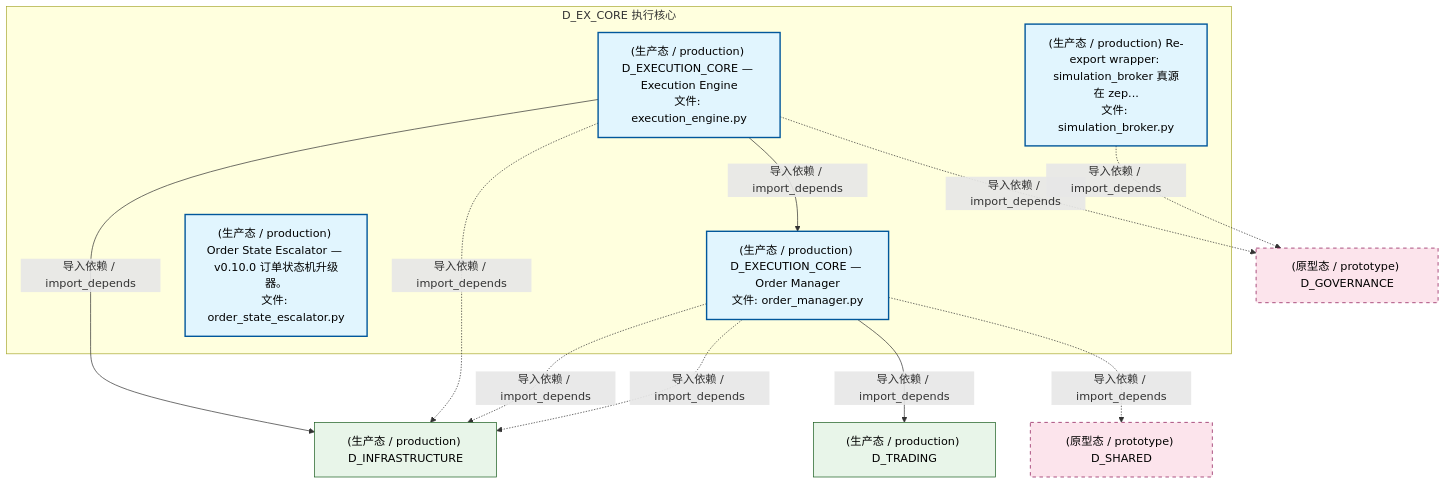
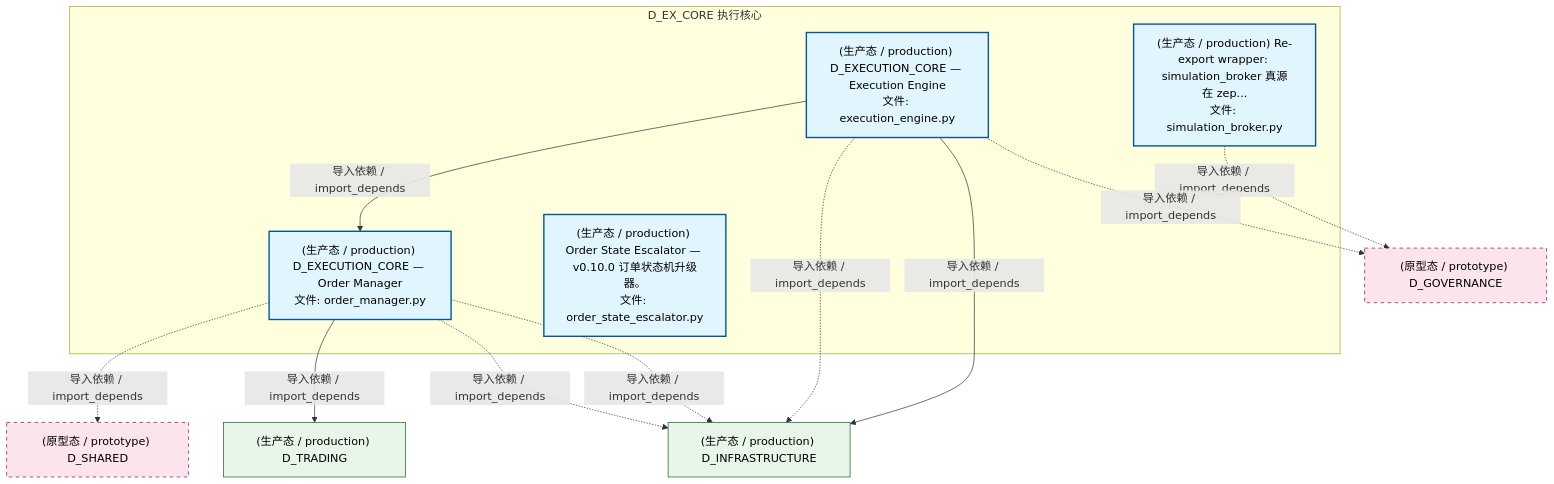
One commit to xuanFelixVan/ZephyrAlpha changed the second of 5 diagrams in docs/02_enterprise_architecture/02_domain_architecture_docs/34_d_ex_core.md. Above: the diagram before and after it, drawn with Mermaid. The commit also changed other lines of this file and 99 other files, not shown here.

````diff
--- a/docs/02_enterprise_architecture/02_domain_architecture_docs/34_d_ex_core.md
+++ b/docs/02_enterprise_architecture/02_domain_architecture_docs/34_d_ex_core.md
@@ -126,29 +126,29 @@
 ```mermaid
 graph TD
     subgraph D_EX_CORE["D_EX_CORE 执行核心"]
         src_zephyr_ex_core_adapters_simulation_broker_py["(生产态 / production) Re-export wrapper: simulation_broker 真源在 zep...<br/>文件: simulation_broker.py"]
         src_zephyr_ex_core_execution_engine_py["(生产态 / production) D_EXECUTION_CORE — Execution Engine<br/>文件: execution_engine.py"]
         src_zephyr_ex_core_order_manager_py["(生产态 / production) D_EXECUTION_CORE — Order Manager<br/>文件: order_manager.py"]
         src_zephyr_governance_escalation_order_state_escalator_py["(生产态 / production) Order State Escalator — v0.10.0 订单状态机升级器。<br/>文件: order_state_escalator.py"]
     end
     src_zephyr_ex_core_execution_engine_py -->|导入依赖 / import_depends| src_zephyr_ex_core_order_manager_py
+    D_GOVERNANCE["(原型态 / prototype) D_GOVERNANCE"]
+    src_zephyr_ex_core_adapters_simulation_broker_py -.->|导入依赖 / import_depends| D_GOVERNANCE
     D_INFRASTRUCTURE["(生产态 / production) D_INFRASTRUCTURE"]
     src_zephyr_ex_core_execution_engine_py -->|导入依赖 / import_depends| D_INFRASTRUCTURE
-    D_GOVERNANCE["(原型态 / prototype) D_GOVERNANCE"]
     src_zephyr_ex_core_execution_engine_py -.->|导入依赖 / import_depends| D_GOVERNANCE
     src_zephyr_ex_core_execution_engine_py -.->|导入依赖 / import_depends| D_INFRASTRUCTURE
     D_SHARED["(原型态 / prototype) D_SHARED"]
     src_zephyr_ex_core_order_manager_py -.->|导入依赖 / import_depends| D_SHARED
     src_zephyr_ex_core_order_manager_py -.->|导入依赖 / import_depends| D_INFRASTRUCTURE
     D_TRADING["(生产态 / production) D_TRADING"]
     src_zephyr_ex_core_order_manager_py -->|导入依赖 / import_depends| D_TRADING
     src_zephyr_ex_core_order_manager_py -.->|导入依赖 / import_depends| D_INFRASTRUCTURE
-    src_zephyr_ex_core_adapters_simulation_broker_py -.->|导入依赖 / import_depends| D_GOVERNANCE
     classDef production fill:#e1f5fe,stroke:#01579b,stroke-width:2px,color:#000
     classDef design fill:#fff3e0,stroke:#e65100,stroke-width:2px,color:#000,stroke-dasharray: 5 5
     classDef external_prod fill:#e8f5e9,stroke:#1b5e20,stroke-width:1px,color:#000
     classDef external_design fill:#fce4ec,stroke:#880e4f,stroke-width:1px,color:#000,stroke-dasharray: 5 5
     class src_zephyr_ex_core_adapters_simulation_broker_py,src_zephyr_ex_core_execution_engine_py,src_zephyr_ex_core_order_manager_py,src_zephyr_governance_escalation_order_state_escalator_py production
     class D_INFRASTRUCTURE,D_TRADING external_prod
     class D_GOVERNANCE,D_SHARED external_design
 ```
````
